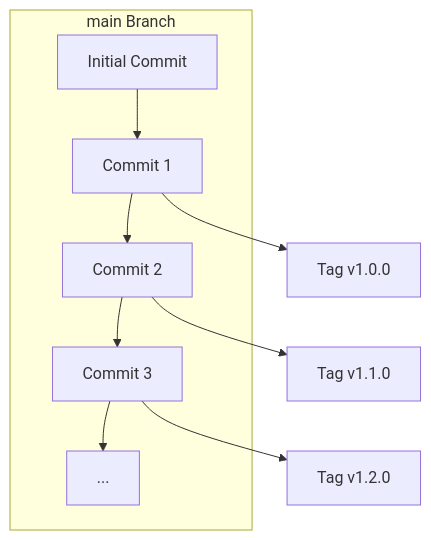
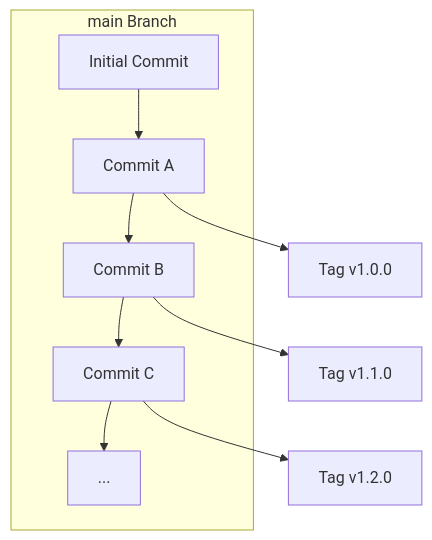
The diagram in README.md (int128/release-typescript-action), drawn with Mermaid before and after one commit. The commit also changed other lines of this file, not shown here.

````diff
--- a/README.md
+++ b/README.md
@@ -10,9 +23,9 @@
 ```mermaid
 graph TB
   subgraph branch [main Branch]
-    Z[Initial Commit] --> A[Commit 1] --> B[Commit 2] --> C[Commit 3] --> D[...]
+    Z[Initial Commit] --> A[Commit A] --> B[Commit B] --> C[Commit C] --> D[...]
   end
   A --> RA[Tag v1.0.0]
   B --> RB[Tag v1.1.0]
   C --> RC[Tag v1.2.0]
 ```
````
